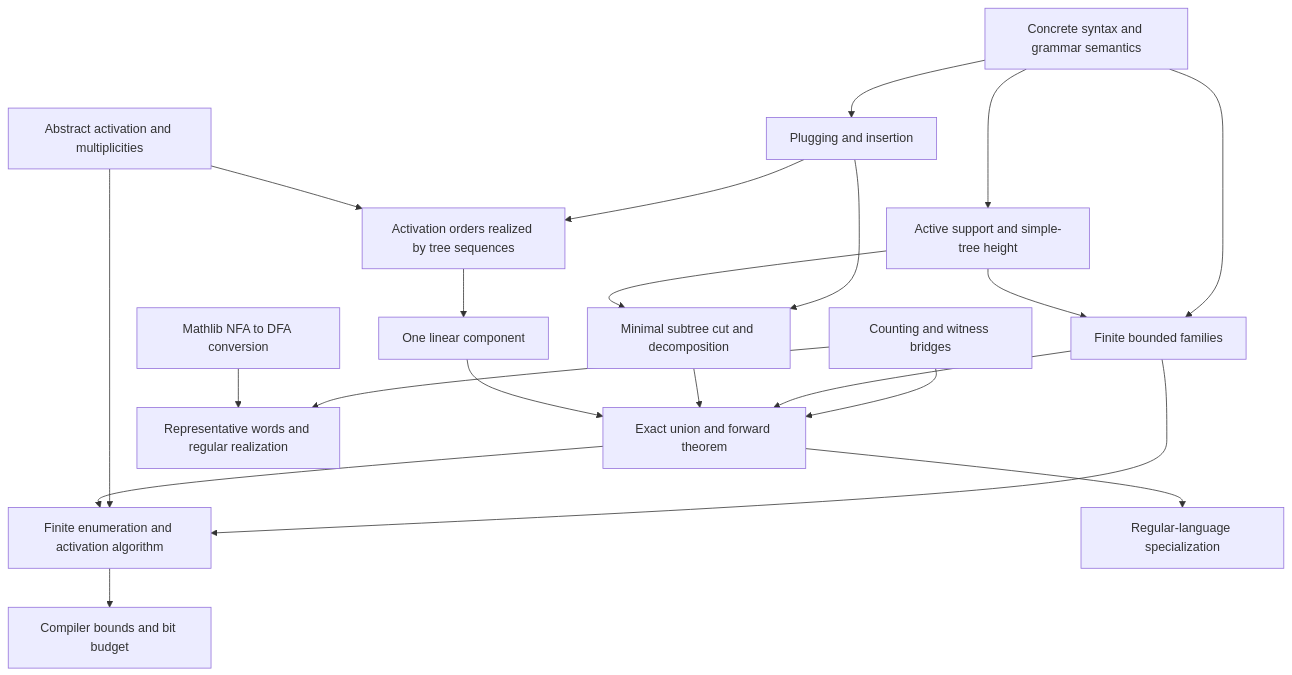
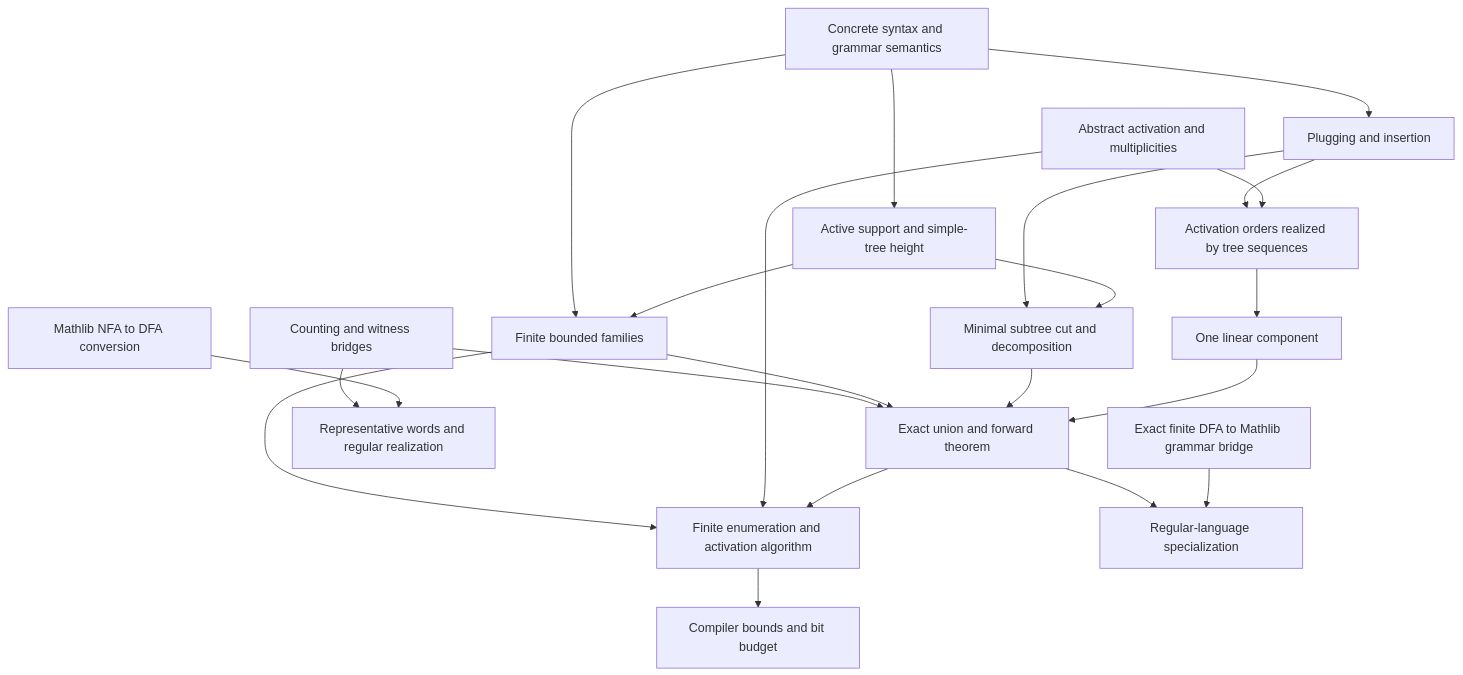
One commit to focs-lab/parikh-theorem changed the diagram in docs/PROOF_PLAN.md. Above: the diagram before and after it, drawn with Mermaid. The commit also changed other lines of this file and 9 other files, not shown here.

Commit message:
Prove semilinearity of DFA-regular language images

````diff
--- a/docs/PROOF_PLAN.md
+++ b/docs/PROOF_PLAN.md
@@ -38,23 +42,24 @@
 ```mermaid
 flowchart TD
   Counting[Counting and witness bridges] --> Main[Exact union and forward theorem]
   Trees[Concrete syntax and grammar semantics] --> Surgery[Plugging and insertion]
   Trees --> Height[Active support and simple-tree height]
   Trees --> Bounded[Finite bounded families]
   Height --> Bounded
   Surgery --> Cut[Minimal subtree cut and decomposition]
   Height --> Cut
   Bounded --> Main
   Surgery --> Realize[Activation orders realized by tree sequences]
   Activation[Abstract activation and multiplicities] --> Realize
   Realize --> Linear[One linear component]
   Cut --> Main
   Linear --> Main
   Counting --> Converse[Representative words and regular realization]
   DFA[Mathlib NFA to DFA conversion] --> Converse
   Bounded --> Compiler[Finite enumeration and activation algorithm]
   Activation --> Compiler
   Main --> Compiler
   Compiler --> Bounds[Compiler bounds and bit budget]
   Main --> Regular[Regular-language specialization]
+  DFAGrammar[Exact finite DFA to Mathlib grammar bridge] --> Regular
 ```
````
